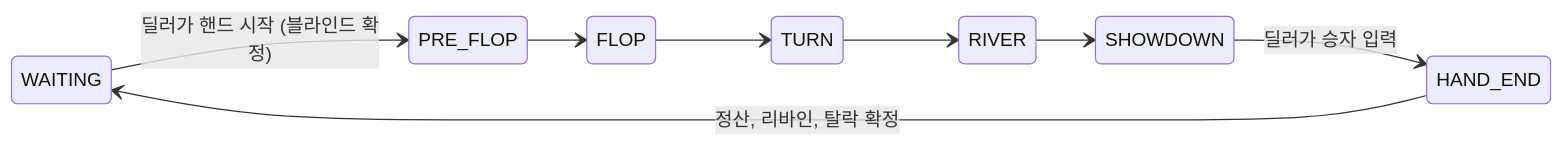
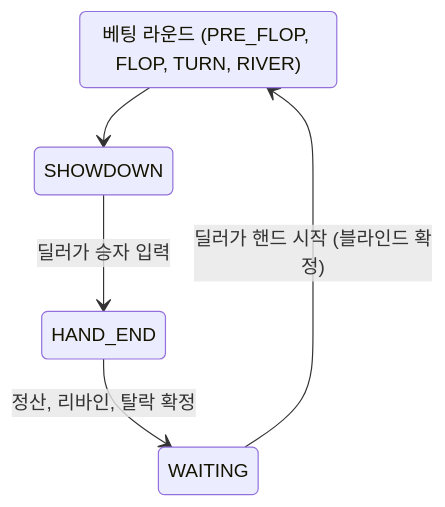
Before and after one commit to GUNW-O-O/playsync-V2: the first of 5 diagrams in README.md, drawn with Mermaid. The commit also changed other lines of this file, not shown here.

Commit message:
docs: README 상태 다이어그램을 세로로 줄이고 a/b/c 번호를 뺀다

````diff
--- a/README.md
+++ b/README.md
@@ -56,11 +56,8 @@
 ```mermaid
 stateDiagram-v2
-    direction LR
-    WAITING --> PRE_FLOP: 딜러가 핸드 시작 (블라인드 확정)
-    PRE_FLOP --> FLOP
-    FLOP --> TURN
-    TURN --> RIVER
-    RIVER --> SHOWDOWN
+    state "베팅 라운드 (PRE_FLOP, FLOP, TURN, RIVER)" as BETTING
+    WAITING --> BETTING: 딜러가 핸드 시작 (블라인드 확정)
+    BETTING --> SHOWDOWN
     SHOWDOWN --> HAND_END: 딜러가 승자 입력
     HAND_END --> WAITING: 정산, 리바인, 탈락 확정
 ```
````
